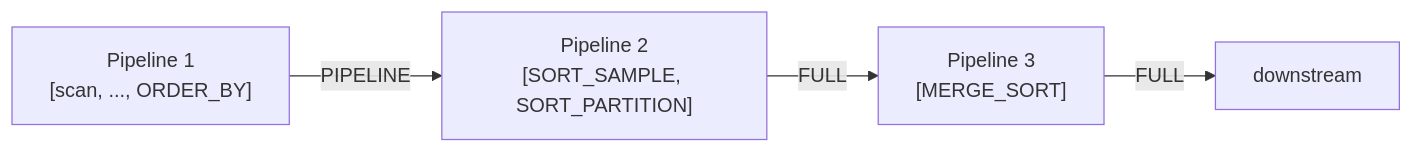
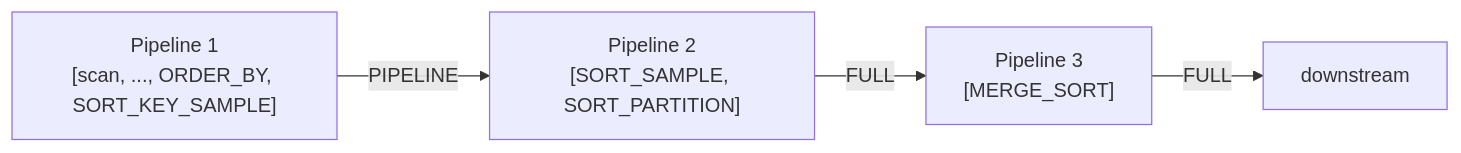
Before and after one commit to Jedi18/sirius: the sixth of 13 diagrams in docs/super-sirius/physical-plan-generation.md, drawn with Mermaid. The commit also changed other lines of this file and 4 other files, not shown here.

First line of the commit message:
docs(sort): describe the SORT_KEY_SAMPLE operator

````diff
--- a/docs/super-sirius/physical-plan-generation.md
+++ b/docs/super-sirius/physical-plan-generation.md
@@ -336,6 +336,6 @@
 ```mermaid
 graph LR
-    P1["Pipeline 1<br/>[scan, ..., ORDER_BY]"] -->|"PIPELINE"| P2["Pipeline 2<br/>[SORT_SAMPLE, SORT_PARTITION]"]
+    P1["Pipeline 1<br/>[scan, ..., ORDER_BY, SORT_KEY_SAMPLE]"] -->|"PIPELINE"| P2["Pipeline 2<br/>[SORT_SAMPLE, SORT_PARTITION]"]
     P2 -->|"FULL"| P3["Pipeline 3<br/>[MERGE_SORT]"]
     P3 -->|"FULL"| DS["downstream"]
 ```
````
